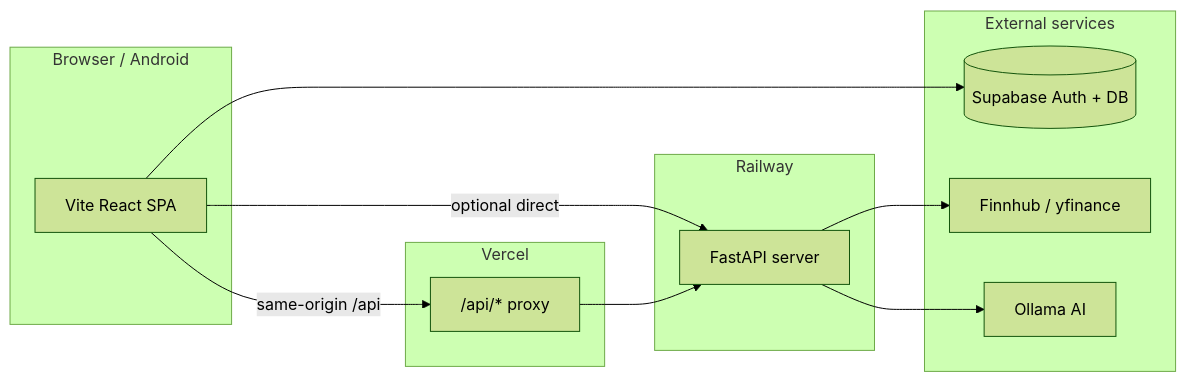
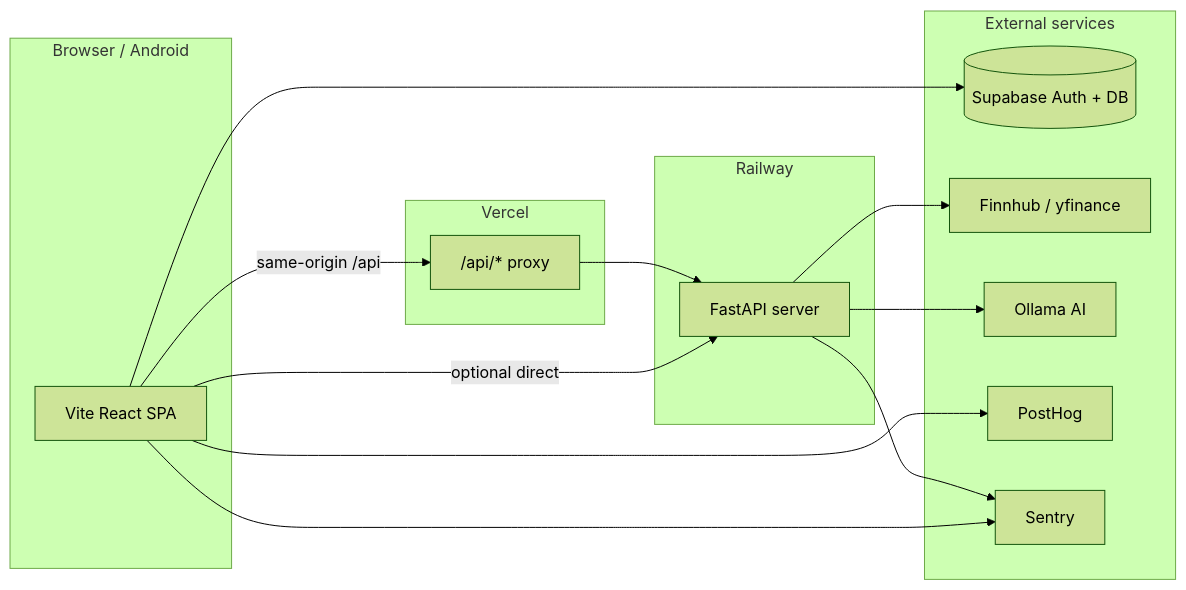
One commit to Investio007/Investio changed the diagram in README.md. Above: the diagram before and after it, drawn with Mermaid (forest theme). The commit also changed other lines of this file and 19 other files, not shown here.

````diff
--- a/README.md
+++ b/README.md
@@ -71,23 +71,28 @@
 ```mermaid
 flowchart LR
   subgraph client [Browser / Android]
     Vite[Vite React SPA]
   end
   subgraph vercel [Vercel]
   Proxy["/api/* proxy"]
   end
   subgraph railway [Railway]
     API[FastAPI server]
   end
   subgraph external [External services]
     SB[(Supabase Auth + DB)]
     FH[Finnhub / yfinance]
     OL[Ollama AI]
+    PH[PostHog]
+    SE[Sentry]
   end
   Vite -->|same-origin /api| Proxy
   Vite -->|optional direct| API
   Proxy --> API
   Vite --> SB
+  Vite --> PH
+  Vite --> SE
   API --> FH
   API --> OL
+  API --> SE
 ```
````
